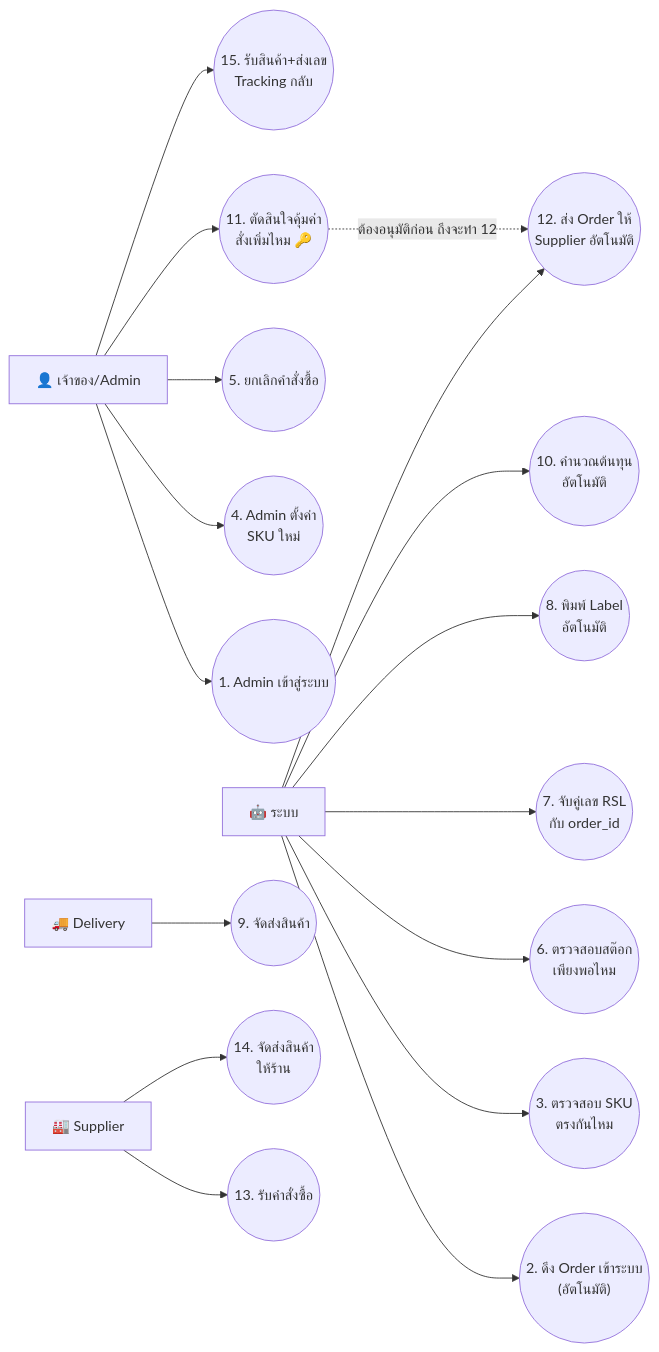
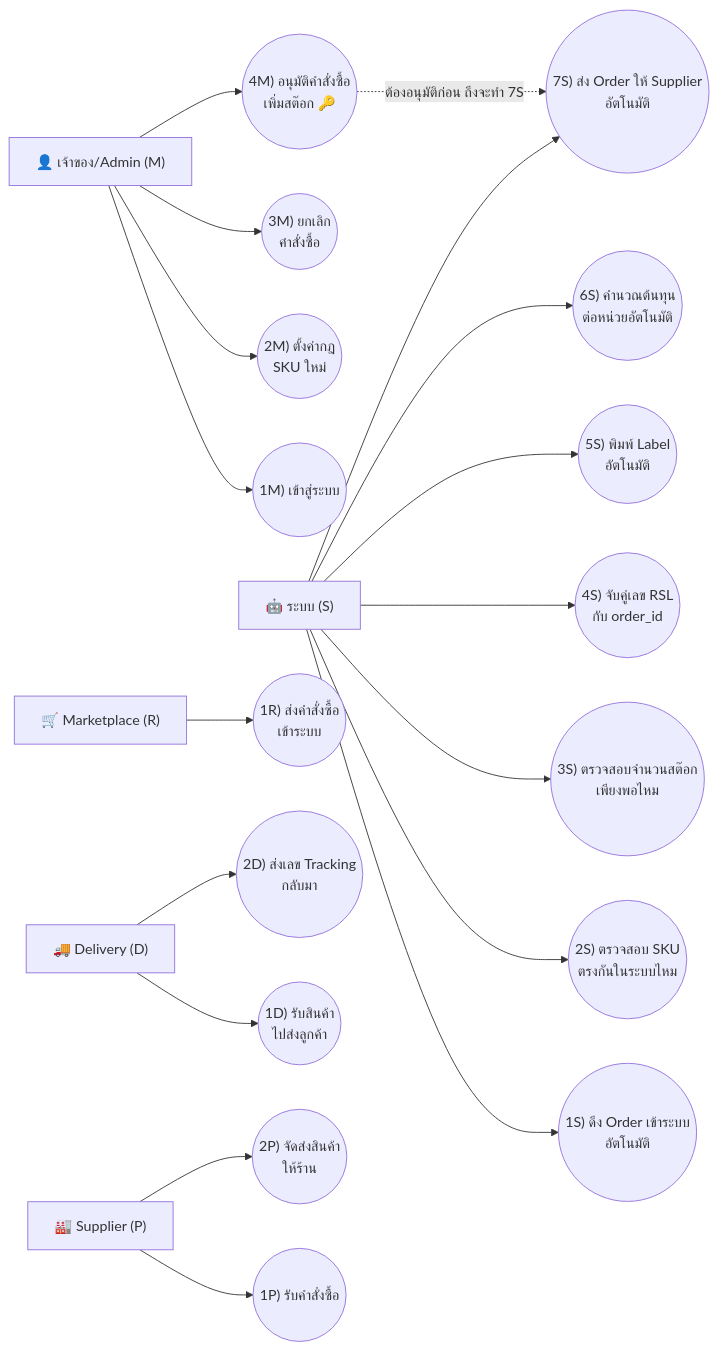
Before and after one commit to xbpkdi/321-sa-proj: the second of 4 diagrams in 02-chapter2-business-process/00-how-to-fix-simple.md, drawn with Mermaid. The commit also changed other lines of this file and 2 other files, not shown here.

First line of the commit message:
docs: redesign use case diagrams to follow sa-ref's actual example

````diff
--- a/02-chapter2-business-process/00-how-to-fix-simple.md
+++ b/02-chapter2-business-process/00-how-to-fix-simple.md
@@ -76,23 +83,29 @@
 ```mermaid
 graph LR
-  ADM["👤 เจ้าของ/Admin"] --> UC1(("1. Admin เข้าสู่ระบบ"))
-  ADM --> UC4(("4. Admin ตั้งค่า<br/>SKU ใหม่"))
-  ADM --> UC5(("5. ยกเลิกคำสั่งซื้อ"))
-  ADM --> UC11(("11. ตัดสินใจคุ้มค่า<br/>สั่งเพิ่มไหม 🔑"))
-  ADM --> UC15(("15. รับสินค้า+ส่งเลข<br/>Tracking กลับ"))
+  M["👤 เจ้าของ/Admin (M)"]
+  M --> M1(("1M) เข้าสู่ระบบ"))
+  M --> M2(("2M) ตั้งค่ากฎ<br/>SKU ใหม่"))
+  M --> M3(("3M) ยกเลิก<br/>คำสั่งซื้อ"))
+  M --> M4(("4M) อนุมัติคำสั่งซื้อ<br/>เพิ่มสต๊อก 🔑"))
 
-  SYS["🤖 ระบบ"] --> UC2(("2. ดึง Order เข้าระบบ<br/>(อัตโนมัติ)"))
-  SYS --> UC3(("3. ตรวจสอบ SKU<br/>ตรงกันไหม"))
-  SYS --> UC6(("6. ตรวจสอบสต๊อก<br/>เพียงพอไหม"))
-  SYS --> UC7(("7. จับคู่เลข RSL<br/>กับ order_id"))
-  SYS --> UC8(("8. พิมพ์ Label<br/>อัตโนมัติ"))
-  SYS --> UC10(("10. คำนวณต้นทุน<br/>อัตโนมัติ"))
-  SYS --> UC12(("12. ส่ง Order ให้<br/>Supplier อัตโนมัติ"))
+  S["🤖 ระบบ (S)"]
+  S --> S1(("1S) ดึง Order เข้าระบบ<br/>อัตโนมัติ"))
+  S --> S2(("2S) ตรวจสอบ SKU<br/>ตรงกันในระบบไหม"))
+  S --> S3(("3S) ตรวจสอบจำนวนสต๊อก<br/>เพียงพอไหม"))
+  S --> S4(("4S) จับคู่เลข RSL<br/>กับ order_id"))
+  S --> S5(("5S) พิมพ์ Label<br/>อัตโนมัติ"))
+  S --> S6(("6S) คำนวณต้นทุน<br/>ต่อหน่วยอัตโนมัติ"))
+  S --> S7(("7S) ส่ง Order ให้ Supplier<br/>อัตโนมัติ"))
 
-  UC11 -.->|ต้องอนุมัติก่อน ถึงจะทำ 12| UC12
+  M4 -.->|ต้องอนุมัติก่อน ถึงจะทำ 7S| S7
 
-  DEL["🚚 Delivery"] --> UC9(("9. จัดส่งสินค้า"))
+  R["🛒 Marketplace (R)"] --> R1(("1R) ส่งคำสั่งซื้อ<br/>เข้าระบบ"))
 
-  SUP["🏭 Supplier"] --> UC13(("13. รับคำสั่งซื้อ"))
-  SUP --> UC14(("14. จัดส่งสินค้า<br/>ให้ร้าน"))
+  D["🚚 Delivery (D)"]
+  D --> D1(("1D) รับสินค้า<br/>ไปส่งลูกค้า"))
+  D --> D2(("2D) ส่งเลข Tracking<br/>กลับมา"))
+
+  P["🏭 Supplier (P)"]
+  P --> P1(("1P) รับคำสั่งซื้อ"))
+  P --> P2(("2P) จัดส่งสินค้า<br/>ให้ร้าน"))
 ```
````
